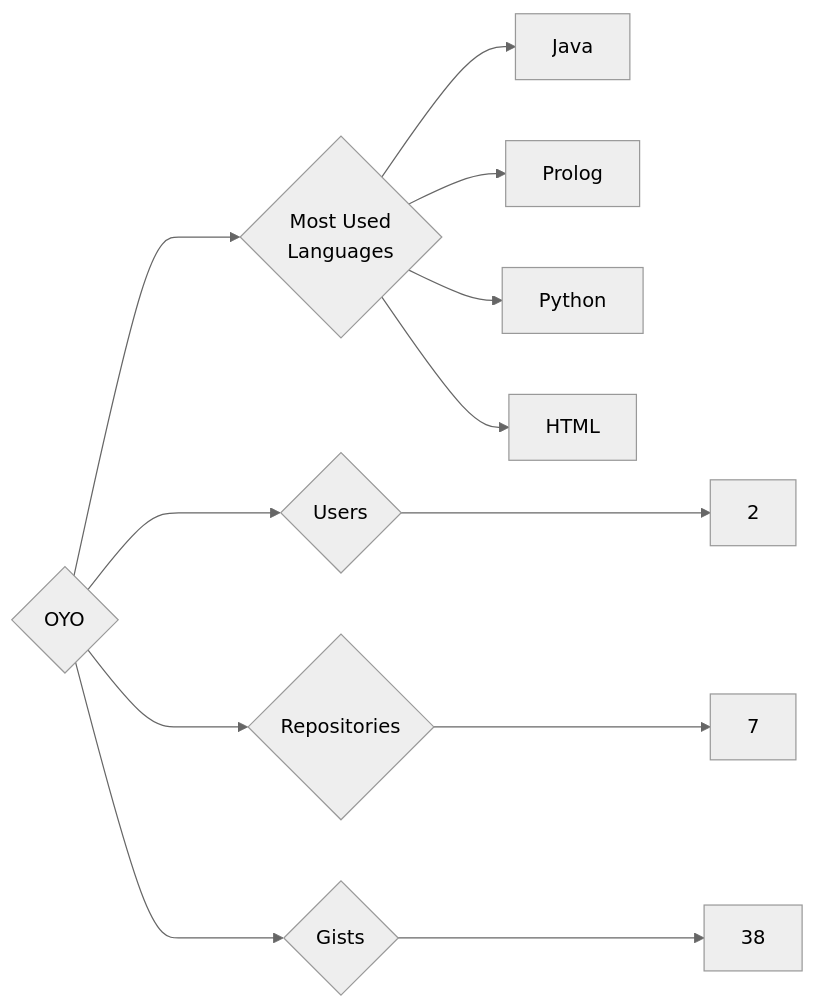
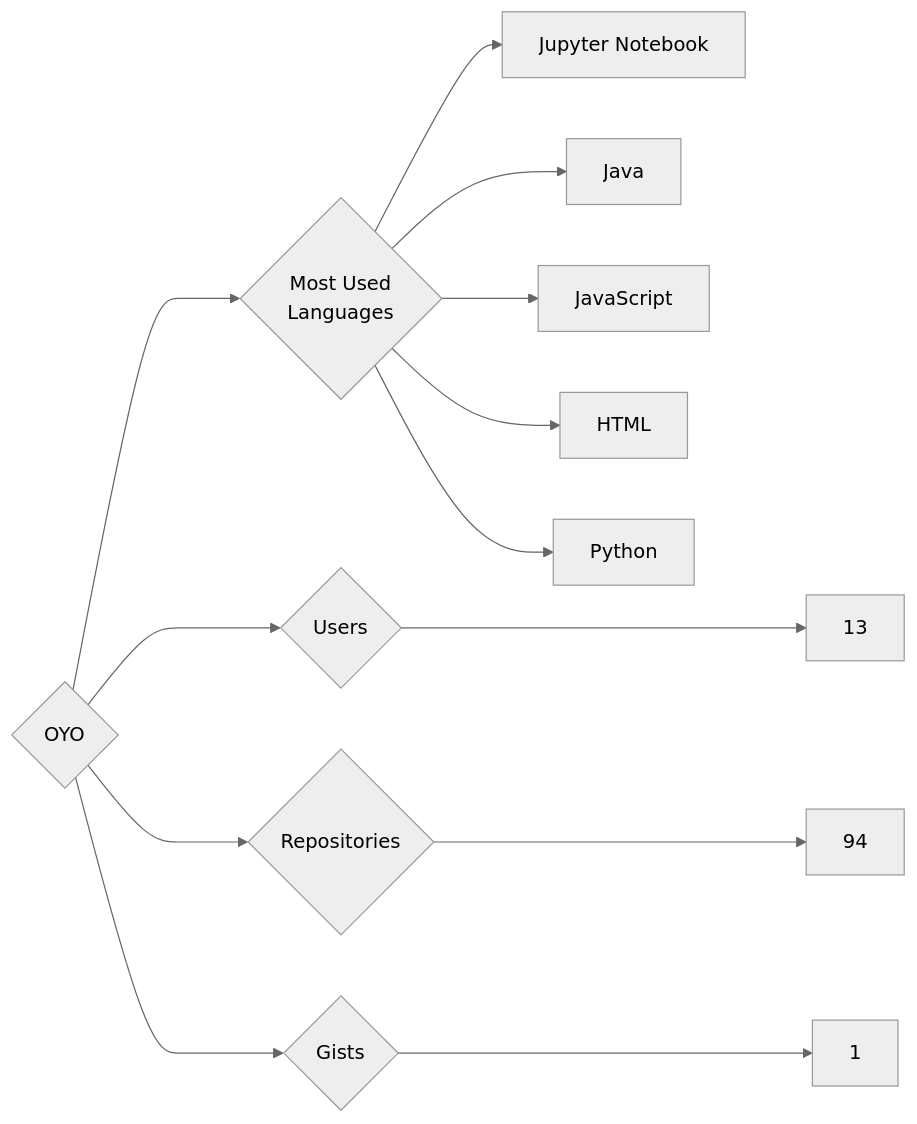
The diagram in targets/OYO/README.md (trickest/insiders), drawn with Mermaid (neutral theme) before and after one commit. The commit also changed 953 other files, not shown here.

````diff
--- a/targets/OYO/README.md
+++ b/targets/OYO/README.md
@@ -3,12 +3,13 @@
 ```mermaid
 graph LR
 COMPANY_NAME{OYO}
-COMPANY_NAME ---> U{Users} ---> UN[2]
-COMPANY_NAME ---> R{Repositories} ---> RN[7]
-COMPANY_NAME ---> G{Gists} ---> GN[38]
+COMPANY_NAME ---> U{Users} ---> UN[13]
+COMPANY_NAME ---> R{Repositories} ---> RN[94]
+COMPANY_NAME ---> G{Gists} ---> GN[1]
 COMPANY_NAME ---> ML{Most Used<br>Languages}
+ML --> Jupyter_Notebook[Jupyter Notebook]
 ML --> Java[Java]
-ML --> Prolog[Prolog]
+ML --> JavaScript[JavaScript]
+ML --> HTML[HTML]
 ML --> Python[Python]
-ML --> HTML[HTML]
 ```
````
